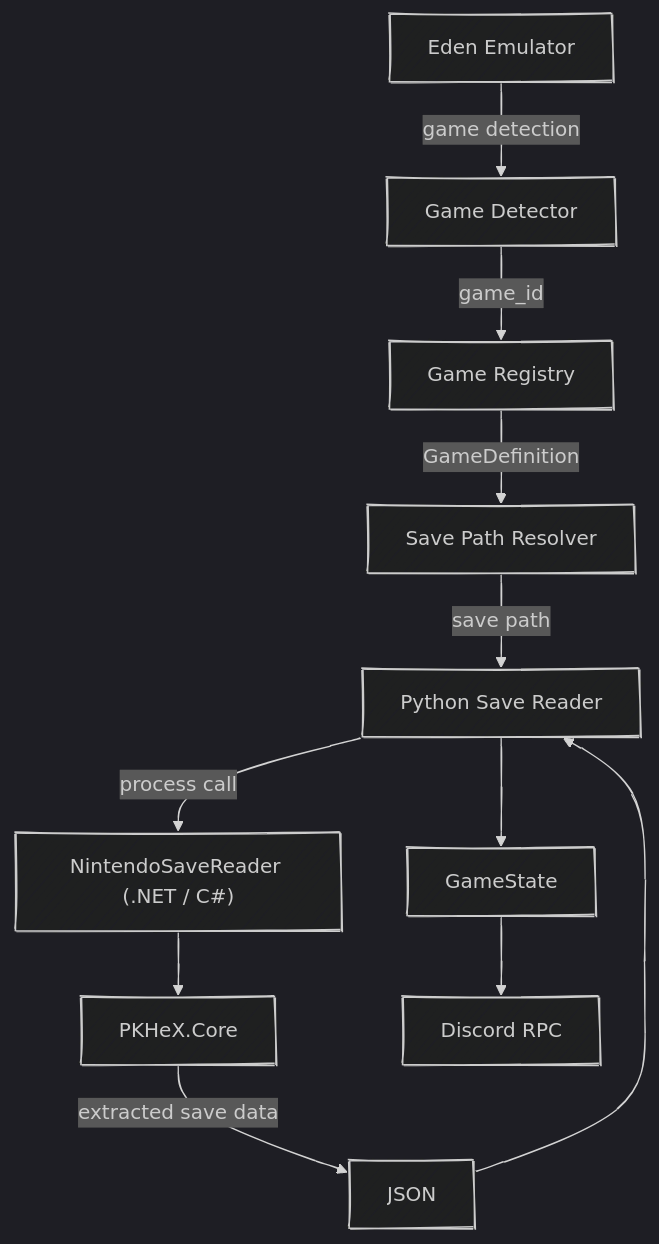
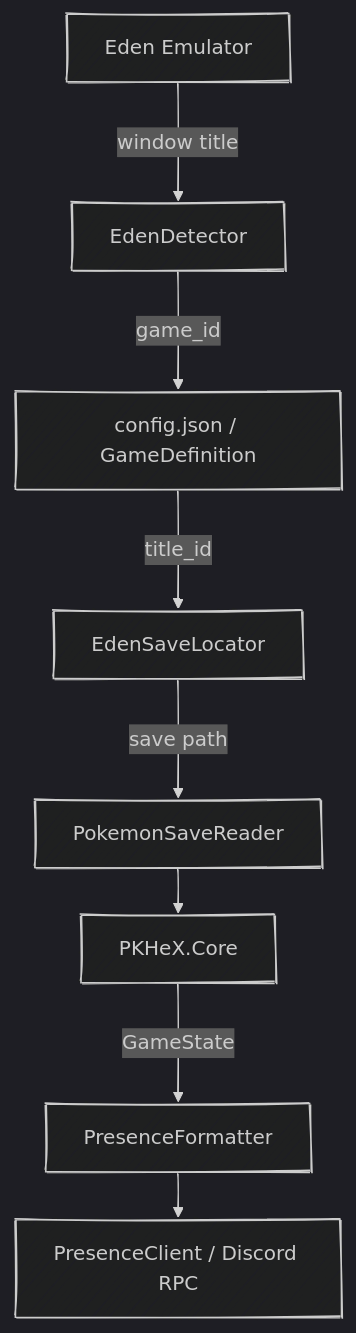
The eighth of 9 diagrams in docs/ARCHITECTURE.md (ramadhafidz/switch-rpc), drawn with Mermaid before and after one commit. The commit also changed other lines of this file and 13 other files, not shown here.

````diff
--- a/docs/ARCHITECTURE.md
+++ b/docs/ARCHITECTURE.md
@@ -607,23 +494,19 @@
 ```mermaid
 ---
 config:
   theme: dark
   look: handDrawn
+  layout: elk
 ---
 flowchart TD
-	A["Eden Emulator"] -->|game detection| B["Game Detector"]
+	A["Eden Emulator"] -->|window title| B["EdenDetector"]
 
-	B -->|game_id| C["Game Registry"]
-	C -->|GameDefinition| D["Save Path Resolver"]
+	B -->|game_id| C["config.json / GameDefinition"]
+	C -->|title_id| D["EdenSaveLocator"]
 
-	D -->|save path| E["Python Save Reader"]
+	D -->|save path| E["PokemonSaveReader"]
+	E --> F["PKHeX.Core"]
 
-	E -->|process call| F["NintendoSaveReader (.NET / C#)"]
-	F --> G["PKHeX.Core"]
-
-	G -->|extracted save data| H["JSON"]
-	H --> E
-
-	E --> I["GameState"]
-	I --> J["Discord RPC"]
+	F -->|GameState| G["PresenceFormatter"]
+	G --> H["PresenceClient / Discord RPC"]
 ```
````
